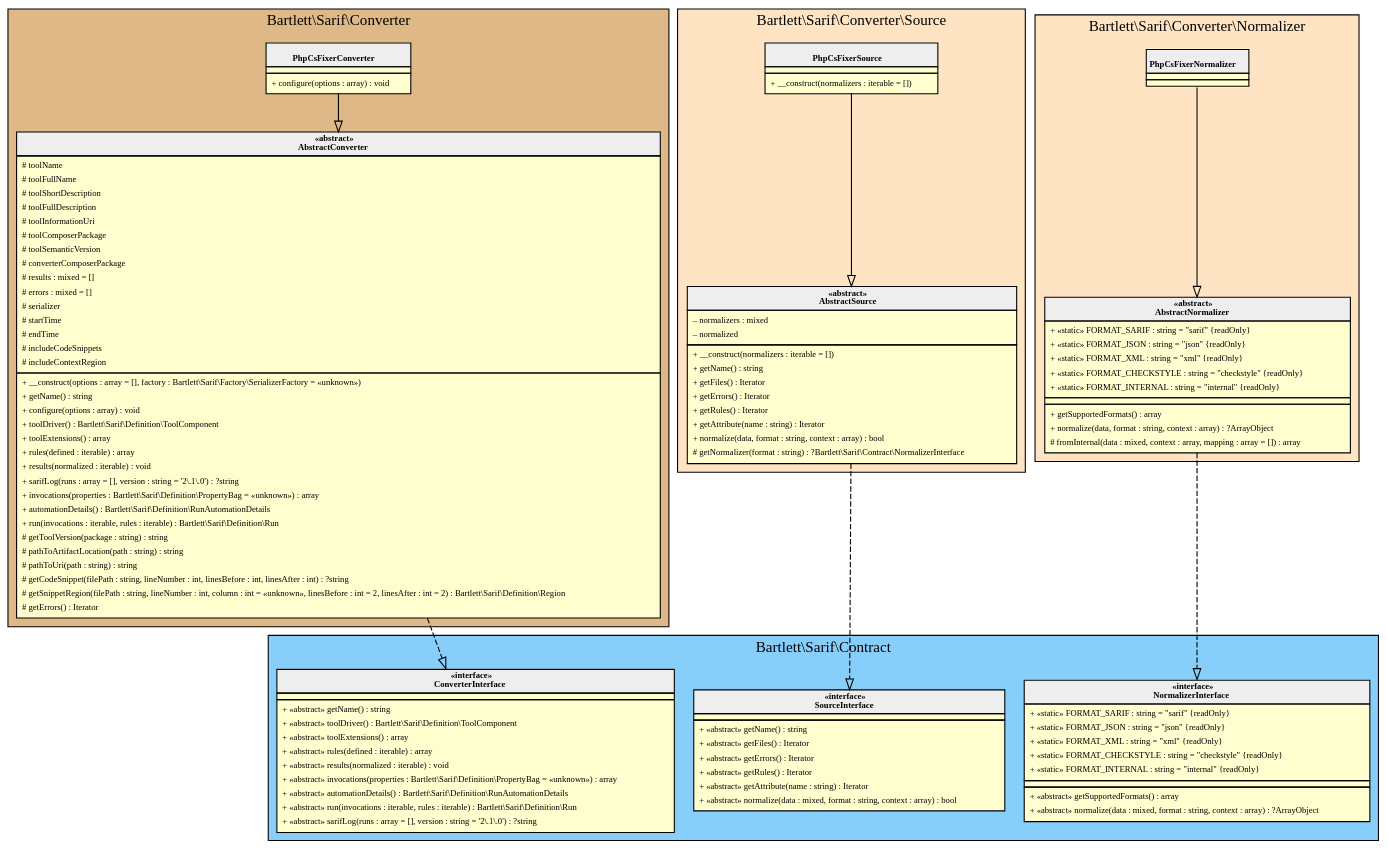
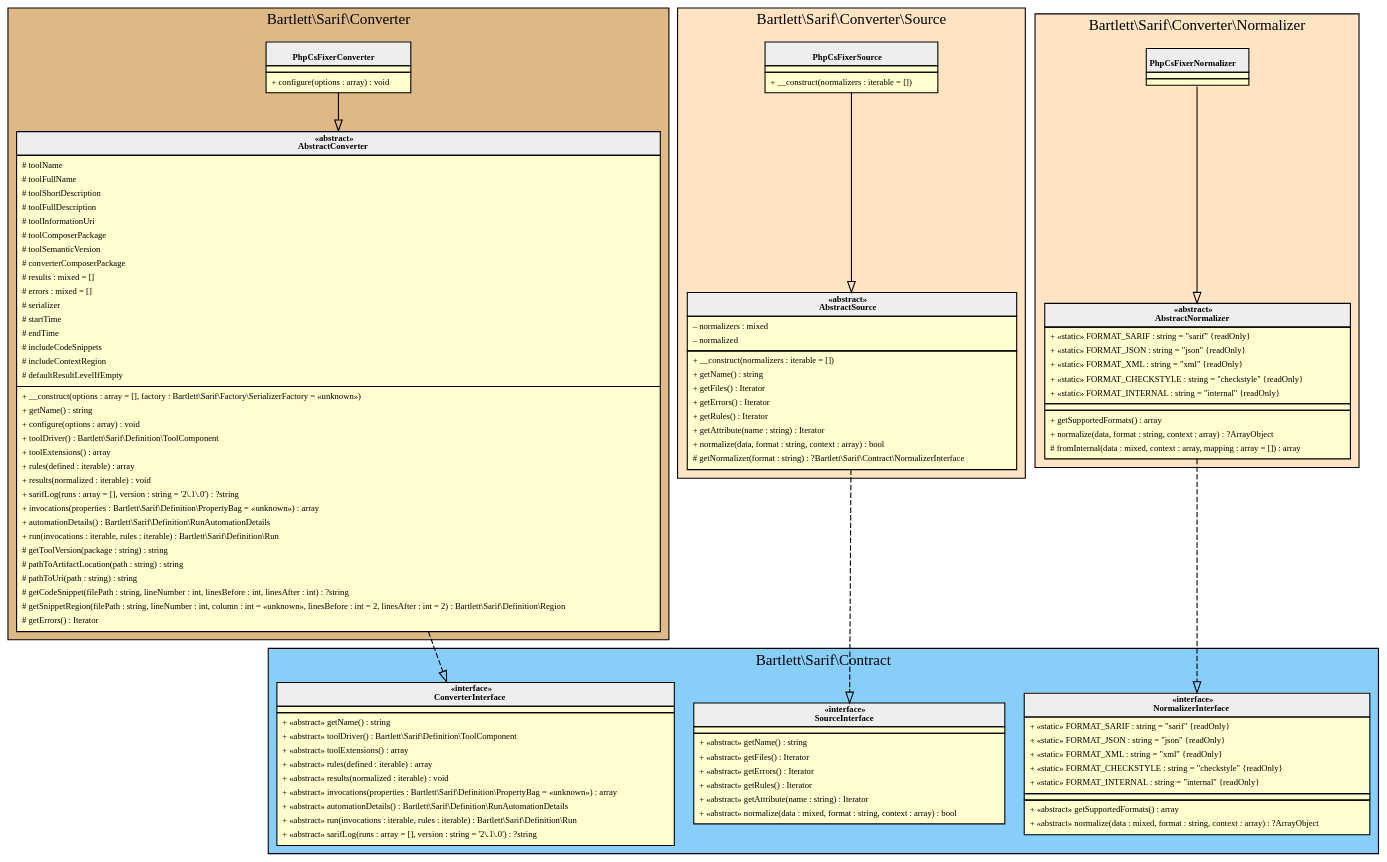
Before and after one commit to llaville/sarif-php-converters: the diagram in 1.1/assets/images/converter-phpcs-fixer.html.gv, drawn with Graphviz. The commit also changed 22 other files, not shown here.

```diff
--- a/1.1/assets/images/converter-phpcs-fixer.html.gv
+++ b/1.1/assets/images/converter-phpcs-fixer.html.gv
@@ -1,169 +1,170 @@
 digraph {
   graph [name="G" overlap="false" rankdir="TB" bgcolor="transparent"]
   node [fontname="Verdana" fontsize=8 shape="none" margin=0 fillcolor="#FEFECE" style="filled"]
   edge [fontname="Verdana" fontsize=8]
   subgraph cluster_0 {
     graph [bgcolor="BurlyWood"]
     label = "Bartlett\\Sarif\\Converter"
     "Bartlett\\Sarif\\Converter\\PhpCsFixerConverter" [shape="none" label=<
 <table cellspacing="0" border="0" cellborder="1">
     <tr><td bgcolor="#eeeeee"><b><br/>PhpCsFixerConverter</b></td></tr>
     <tr><td></td></tr>
     <tr><td><table border="0" cellspacing="0" cellpadding="2">
     <tr><td align="left">+ configure(options : array) : void</td></tr>
 </table></td></tr>
 </table>>]
     "Bartlett\\Sarif\\Converter\\AbstractConverter" [shape="none" label=<
 <table cellspacing="0" border="0" cellborder="1">
     <tr><td bgcolor="#eeeeee"><b>«abstract»<br/>AbstractConverter</b></td></tr>
     <tr><td><table border="0" cellspacing="0" cellpadding="2">
     <tr><td align="left"># toolName</td></tr>
     <tr><td align="left"># toolFullName</td></tr>
     <tr><td align="left"># toolShortDescription</td></tr>
     <tr><td align="left"># toolFullDescription</td></tr>
     <tr><td align="left"># toolInformationUri</td></tr>
     <tr><td align="left"># toolComposerPackage</td></tr>
     <tr><td align="left"># toolSemanticVersion</td></tr>
     <tr><td align="left"># converterComposerPackage</td></tr>
     <tr><td align="left"># results : mixed = []</td></tr>
     <tr><td align="left"># errors : mixed = []</td></tr>
     <tr><td align="left"># serializer</td></tr>
     <tr><td align="left"># startTime</td></tr>
     <tr><td align="left"># endTime</td></tr>
     <tr><td align="left"># includeCodeSnippets</td></tr>
     <tr><td align="left"># includeContextRegion</td></tr>
+    <tr><td align="left"># defaultResultLevelIfEmpty</td></tr>
 </table></td></tr>
     <tr><td><table border="0" cellspacing="0" cellpadding="2">
     <tr><td align="left">+ __construct(options : array = [], factory : Bartlett\\Sarif\\Factory\\SerializerFactory = «unknown»)</td></tr>
     <tr><td align="left">+ getName() : string</td></tr>
     <tr><td align="left">+ configure(options : array) : void</td></tr>
     <tr><td align="left">+ toolDriver() : Bartlett\\Sarif\\Definition\\ToolComponent</td></tr>
     <tr><td align="left">+ toolExtensions() : array</td></tr>
     <tr><td align="left">+ rules(defined : iterable) : array</td></tr>
     <tr><td align="left">+ results(normalized : iterable) : void</td></tr>
     <tr><td align="left">+ sarifLog(runs : array = [], version : string = '2\.1\.0') : ?string</td></tr>
     <tr><td align="left">+ invocations(properties : Bartlett\\Sarif\\Definition\\PropertyBag = «unknown») : array</td></tr>
     <tr><td align="left">+ automationDetails() : Bartlett\\Sarif\\Definition\\RunAutomationDetails</td></tr>
     <tr><td align="left">+ run(invocations : iterable, rules : iterable) : Bartlett\\Sarif\\Definition\\Run</td></tr>
     <tr><td align="left"># getToolVersion(package : string) : string</td></tr>
     <tr><td align="left"># pathToArtifactLocation(path : string) : string</td></tr>
     <tr><td align="left"># pathToUri(path : string) : string</td></tr>
     <tr><td align="left"># getCodeSnippet(filePath : string, lineNumber : int, linesBefore : int, linesAfter : int) : ?string</td></tr>
     <tr><td align="left"># getSnippetRegion(filePath : string, lineNumber : int, column : int = «unknown», linesBefore : int = 2, linesAfter : int = 2) : Bartlett\\Sarif\\Definition\\Region</td></tr>
     <tr><td align="left"># getErrors() : Iterator</td></tr>
 </table></td></tr>
 </table>>]
   }
   subgraph cluster_1 {
     graph [bgcolor="LightSkyBlue"]
     label = "Bartlett\\Sarif\\Contract"
     "Bartlett\\Sarif\\Contract\\ConverterInterface" [shape="none" label=<
 <table cellspacing="0" border="0" cellborder="1">
     <tr><td bgcolor="#eeeeee"><b>«interface»<br/>ConverterInterface</b></td></tr>
     <tr><td></td></tr>
     <tr><td><table border="0" cellspacing="0" cellpadding="2">
     <tr><td align="left">+ «abstract» getName() : string</td></tr>
     <tr><td align="left">+ «abstract» toolDriver() : Bartlett\\Sarif\\Definition\\ToolComponent</td></tr>
     <tr><td align="left">+ «abstract» toolExtensions() : array</td></tr>
     <tr><td align="left">+ «abstract» rules(defined : iterable) : array</td></tr>
     <tr><td align="left">+ «abstract» results(normalized : iterable) : void</td></tr>
     <tr><td align="left">+ «abstract» invocations(properties : Bartlett\\Sarif\\Definition\\PropertyBag = «unknown») : array</td></tr>
     <tr><td align="left">+ «abstract» automationDetails() : Bartlett\\Sarif\\Definition\\RunAutomationDetails</td></tr>
     <tr><td align="left">+ «abstract» run(invocations : iterable, rules : iterable) : Bartlett\\Sarif\\Definition\\Run</td></tr>
     <tr><td align="left">+ «abstract» sarifLog(runs : array = [], version : string = '2\.1\.0') : ?string</td></tr>
 </table></td></tr>
 </table>>]
     "Bartlett\\Sarif\\Contract\\SourceInterface" [shape="none" label=<
 <table cellspacing="0" border="0" cellborder="1">
     <tr><td bgcolor="#eeeeee"><b>«interface»<br/>SourceInterface</b></td></tr>
     <tr><td></td></tr>
     <tr><td><table border="0" cellspacing="0" cellpadding="2">
     <tr><td align="left">+ «abstract» getName() : string</td></tr>
     <tr><td align="left">+ «abstract» getFiles() : Iterator</td></tr>
     <tr><td align="left">+ «abstract» getErrors() : Iterator</td></tr>
     <tr><td align="left">+ «abstract» getRules() : Iterator</td></tr>
     <tr><td align="left">+ «abstract» getAttribute(name : string) : Iterator</td></tr>
     <tr><td align="left">+ «abstract» normalize(data : mixed, format : string, context : array) : bool</td></tr>
 </table></td></tr>
 </table>>]
     "Bartlett\\Sarif\\Contract\\NormalizerInterface" [shape="none" label=<
 <table cellspacing="0" border="0" cellborder="1">
     <tr><td bgcolor="#eeeeee"><b>«interface»<br/>NormalizerInterface</b></td></tr>
     <tr><td><table border="0" cellspacing="0" cellpadding="2">
     <tr><td align="left">+ «static» FORMAT_SARIF : string = "sarif" {readOnly}</td></tr>
     <tr><td align="left">+ «static» FORMAT_JSON : string = "json" {readOnly}</td></tr>
     <tr><td align="left">+ «static» FORMAT_XML : string = "xml" {readOnly}</td></tr>
     <tr><td align="left">+ «static» FORMAT_CHECKSTYLE : string = "checkstyle" {readOnly}</td></tr>
     <tr><td align="left">+ «static» FORMAT_INTERNAL : string = "internal" {readOnly}</td></tr>
 </table></td></tr>
     <tr><td></td></tr>
     <tr><td><table border="0" cellspacing="0" cellpadding="2">
     <tr><td align="left">+ «abstract» getSupportedFormats() : array</td></tr>
     <tr><td align="left">+ «abstract» normalize(data : mixed, format : string, context : array) : ?ArrayObject</td></tr>
 </table></td></tr>
 </table>>]
   }
   subgraph cluster_2 {
     graph [bgcolor="Bisque"]
     label = "Bartlett\\Sarif\\Converter\\Source"
     "Bartlett\\Sarif\\Converter\\Source\\PhpCsFixerSource" [shape="none" label=<
 <table cellspacing="0" border="0" cellborder="1">
     <tr><td bgcolor="#eeeeee"><b><br/>PhpCsFixerSource</b></td></tr>
     <tr><td></td></tr>
     <tr><td><table border="0" cellspacing="0" cellpadding="2">
     <tr><td align="left">+ __construct(normalizers : iterable = [])</td></tr>
 </table></td></tr>
 </table>>]
     "Bartlett\\Sarif\\Converter\\Source\\AbstractSource" [shape="none" label=<
 <table cellspacing="0" border="0" cellborder="1">
     <tr><td bgcolor="#eeeeee"><b>«abstract»<br/>AbstractSource</b></td></tr>
     <tr><td><table border="0" cellspacing="0" cellpadding="2">
     <tr><td align="left">– normalizers : mixed</td></tr>
     <tr><td align="left">– normalized</td></tr>
 </table></td></tr>
     <tr><td><table border="0" cellspacing="0" cellpadding="2">
     <tr><td align="left">+ __construct(normalizers : iterable = [])</td></tr>
     <tr><td align="left">+ getName() : string</td></tr>
     <tr><td align="left">+ getFiles() : Iterator</td></tr>
     <tr><td align="left">+ getErrors() : Iterator</td></tr>
     <tr><td align="left">+ getRules() : Iterator</td></tr>
     <tr><td align="left">+ getAttribute(name : string) : Iterator</td></tr>
     <tr><td align="left">+ normalize(data, format : string, context : array) : bool</td></tr>
     <tr><td align="left"># getNormalizer(format : string) : ?Bartlett\\Sarif\\Contract\\NormalizerInterface</td></tr>
 </table></td></tr>
 </table>>]
   }
   subgraph cluster_3 {
     graph [bgcolor="Bisque"]
     label = "Bartlett\\Sarif\\Converter\\Normalizer"
     "Bartlett\\Sarif\\Converter\\Normalizer\\PhpCsFixerNormalizer" [shape="none" label=<
 <table cellspacing="0" border="0" cellborder="1">
     <tr><td bgcolor="#eeeeee"><b><br/>PhpCsFixerNormalizer</b></td></tr>
     <tr><td></td></tr>
     <tr><td></td></tr>
 </table>>]
     "Bartlett\\Sarif\\Converter\\Normalizer\\AbstractNormalizer" [shape="none" label=<
 <table cellspacing="0" border="0" cellborder="1">
     <tr><td bgcolor="#eeeeee"><b>«abstract»<br/>AbstractNormalizer</b></td></tr>
     <tr><td><table border="0" cellspacing="0" cellpadding="2">
     <tr><td align="left">+ «static» FORMAT_SARIF : string = "sarif" {readOnly}</td></tr>
     <tr><td align="left">+ «static» FORMAT_JSON : string = "json" {readOnly}</td></tr>
     <tr><td align="left">+ «static» FORMAT_XML : string = "xml" {readOnly}</td></tr>
     <tr><td align="left">+ «static» FORMAT_CHECKSTYLE : string = "checkstyle" {readOnly}</td></tr>
     <tr><td align="left">+ «static» FORMAT_INTERNAL : string = "internal" {readOnly}</td></tr>
 </table></td></tr>
     <tr><td></td></tr>
     <tr><td><table border="0" cellspacing="0" cellpadding="2">
     <tr><td align="left">+ getSupportedFormats() : array</td></tr>
     <tr><td align="left">+ normalize(data, format : string, context : array) : ?ArrayObject</td></tr>
     <tr><td align="left"># fromInternal(data : mixed, context : array, mapping : array = []) : array</td></tr>
 </table></td></tr>
 </table>>]
   }
   "Bartlett\\Sarif\\Converter\\AbstractConverter" -> "Bartlett\\Sarif\\Contract\\ConverterInterface" [arrowhead="empty" style="dashed"]
   "Bartlett\\Sarif\\Converter\\PhpCsFixerConverter" -> "Bartlett\\Sarif\\Converter\\AbstractConverter" [arrowhead="empty" style="filled"]
   "Bartlett\\Sarif\\Converter\\Source\\AbstractSource" -> "Bartlett\\Sarif\\Contract\\SourceInterface" [arrowhead="empty" style="dashed"]
   "Bartlett\\Sarif\\Converter\\Source\\PhpCsFixerSource" -> "Bartlett\\Sarif\\Converter\\Source\\AbstractSource" [arrowhead="empty" style="filled"]
   "Bartlett\\Sarif\\Converter\\Normalizer\\AbstractNormalizer" -> "Bartlett\\Sarif\\Contract\\NormalizerInterface" [arrowhead="empty" style="dashed"]
   "Bartlett\\Sarif\\Converter\\Normalizer\\PhpCsFixerNormalizer" -> "Bartlett\\Sarif\\Converter\\Normalizer\\AbstractNormalizer" [arrowhead="empty" style="filled"]
 }
```
